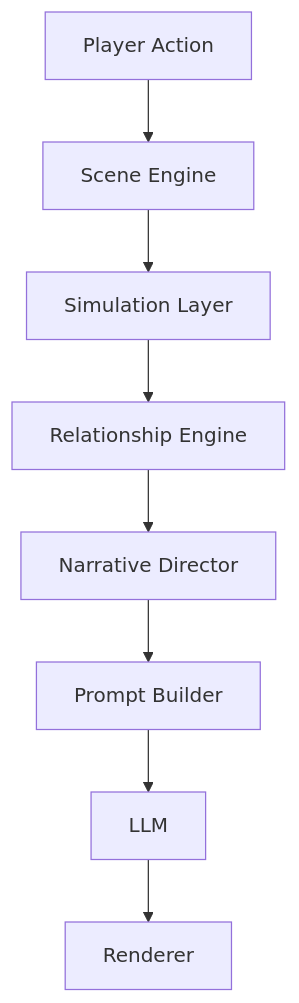
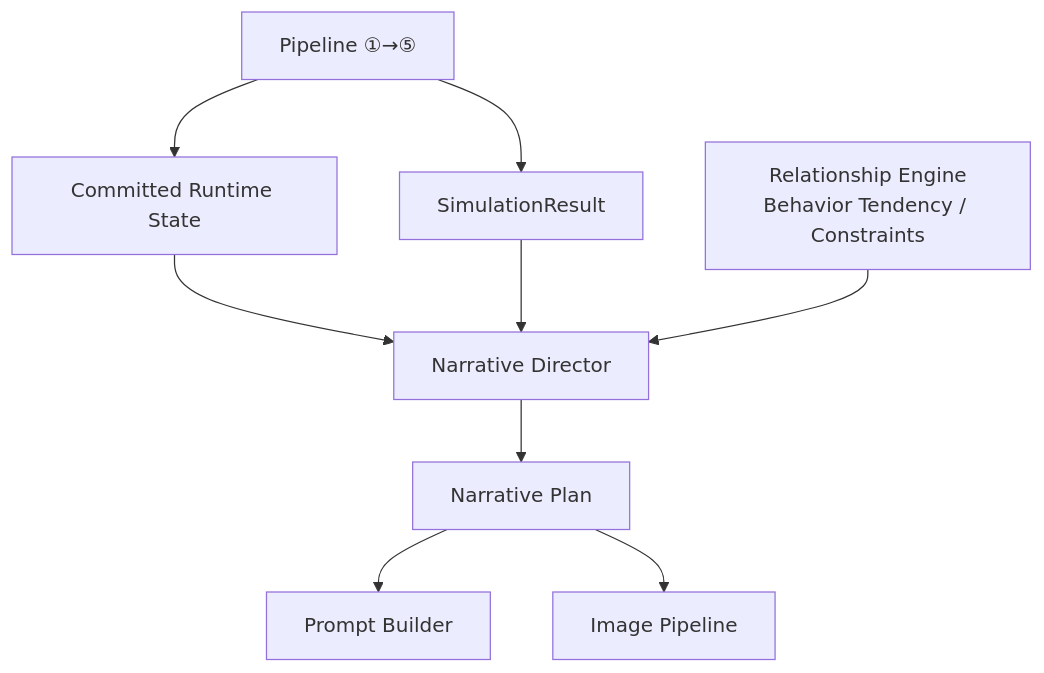
Before and after one commit to yueseyeyu/ai-narrative-rpg-engine: the diagram in docs/02_Architecture/Narrative_Director_Blueprint.md, drawn with Mermaid. The commit also changed other lines of this file and 43 other files, not shown here.

Commit message:
feat: Architecture Baseline v1.0 Frozen + MVP-0 Validation (4/4 contract tests passing)

````diff
--- a/docs/02_Architecture/Narrative_Director_Blueprint.md
+++ b/docs/02_Architecture/Narrative_Director_Blueprint.md
@@ -120,10 +133,11 @@
 ```mermaid
 flowchart TD
-    A[Player Action] --> B[Scene Engine]
-    B --> C[Simulation Layer]
-    C --> D[Relationship Engine]
-    D --> E[Narrative Director]
-    E --> F[Prompt Builder]
-    F --> G[LLM]
-    G --> H[Renderer]
+    PIPE[Pipeline ①→⑤] --> STATE[Committed Runtime State]
+    PIPE --> SR[SimulationResult]
+    STATE --> ND[Narrative Director]
+    SR --> ND
+    RE[Relationship Engine<br/>Behavior Tendency / Constraints] --> ND
+    ND --> NP[Narrative Plan]
+    NP --> PB[Prompt Builder]
+    NP --> IP[Image Pipeline]
 ```
````
